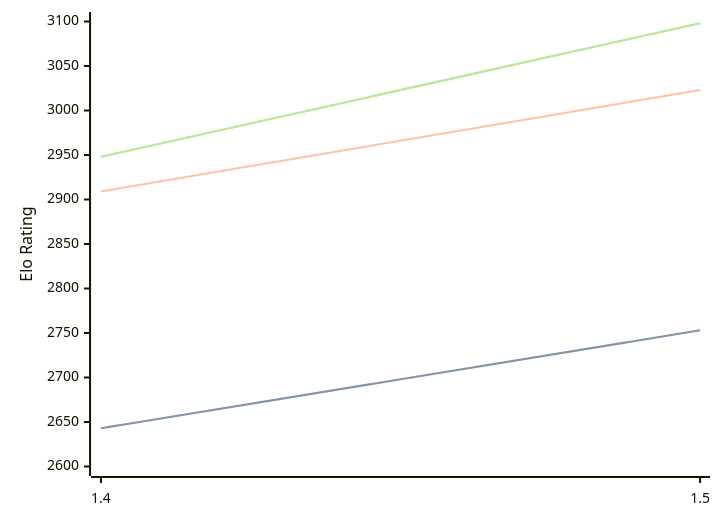
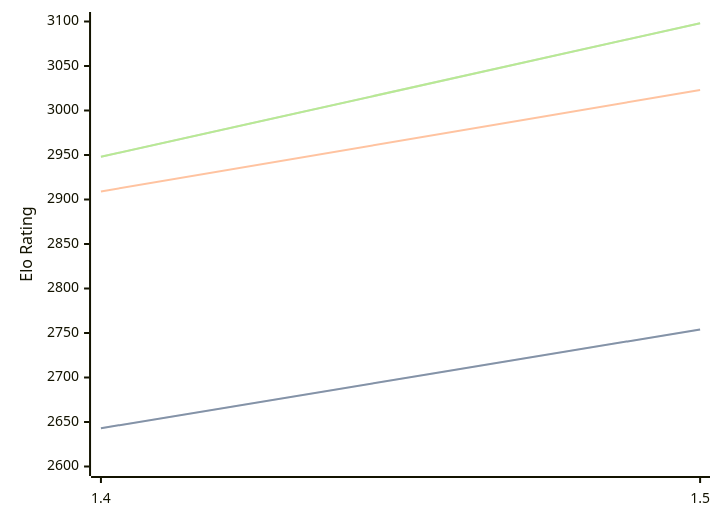
One commit to computer-chess-index/cci changed the first of 3 diagrams in engines/Yakka.md. Above: the diagram before and after it, drawn with Mermaid. The commit also changed other lines of this file, not shown here.

````diff
--- a/engines/Yakka.md
+++ b/engines/Yakka.md
@@ -36,11 +36,11 @@
 ```mermaid
 %%{init: {"theme":"base","themeVariables":{"seriesColors:['#a3a3a3','#222221','#faa371']}}}%%
 xychart-beta
   x-axis ["1.4", "1.5"]
   y-axis "Elo Rating" 2600 --> 3100
-  line "STC (8.0+0.08s)" [2643, 2753]
-  line "STC (8.0+0.08s)" [2643, 2753]
+  line "STC (8.0+0.08s)" [2643, 2754]
+  line "STC (8.0+0.08s)" [2643, 2754]
   line "LTC (60.0+0.60s)" [2909, 3023]
   line "VLTC (2m24s+1.12s)" [2948, 3098]
   line "VLTC (2m24s+1.12s)" [2948, 3098]
 ```
````
